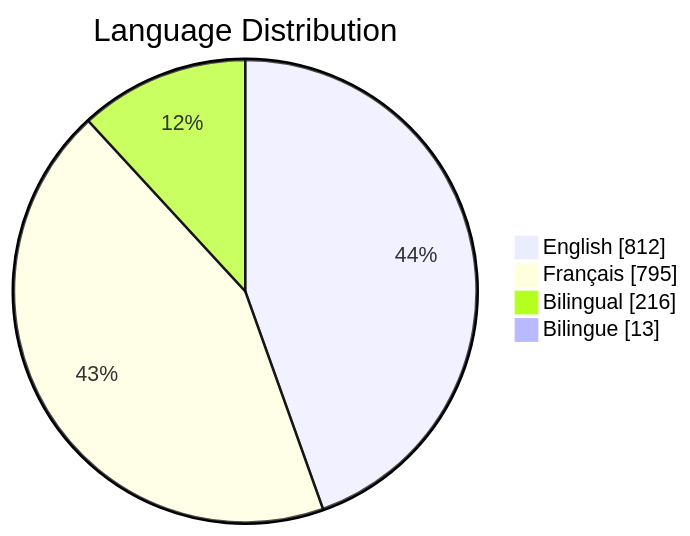
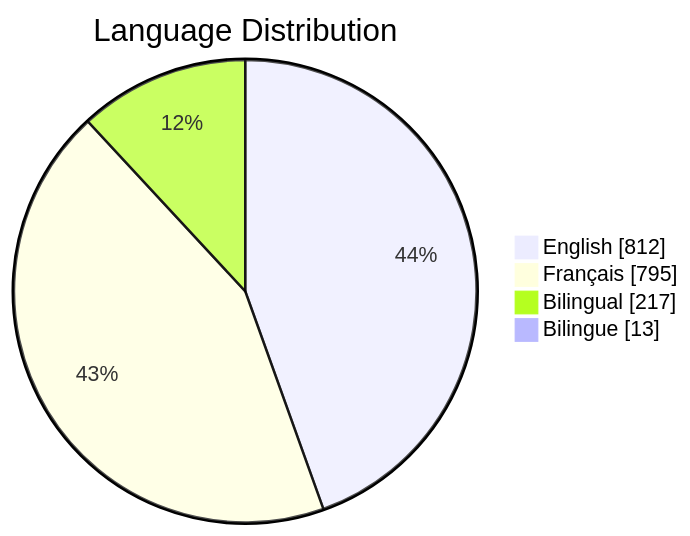
Before and after one commit to PatLittle/GC-Socials: the third of 6 diagrams in README.md, drawn with Mermaid. The commit also changed other lines of this file, not shown here.

Commit message:
Update README with Platform Distribution pie chart

````diff
--- a/README.md
+++ b/README.md
@@ -65,7 +65,7 @@
 ```mermaid
 pie showData title Language Distribution
     "English": 812
     "Français": 795
-    "Bilingual": 216
+    "Bilingual": 217
     "Bilingue": 13
 ```
````
